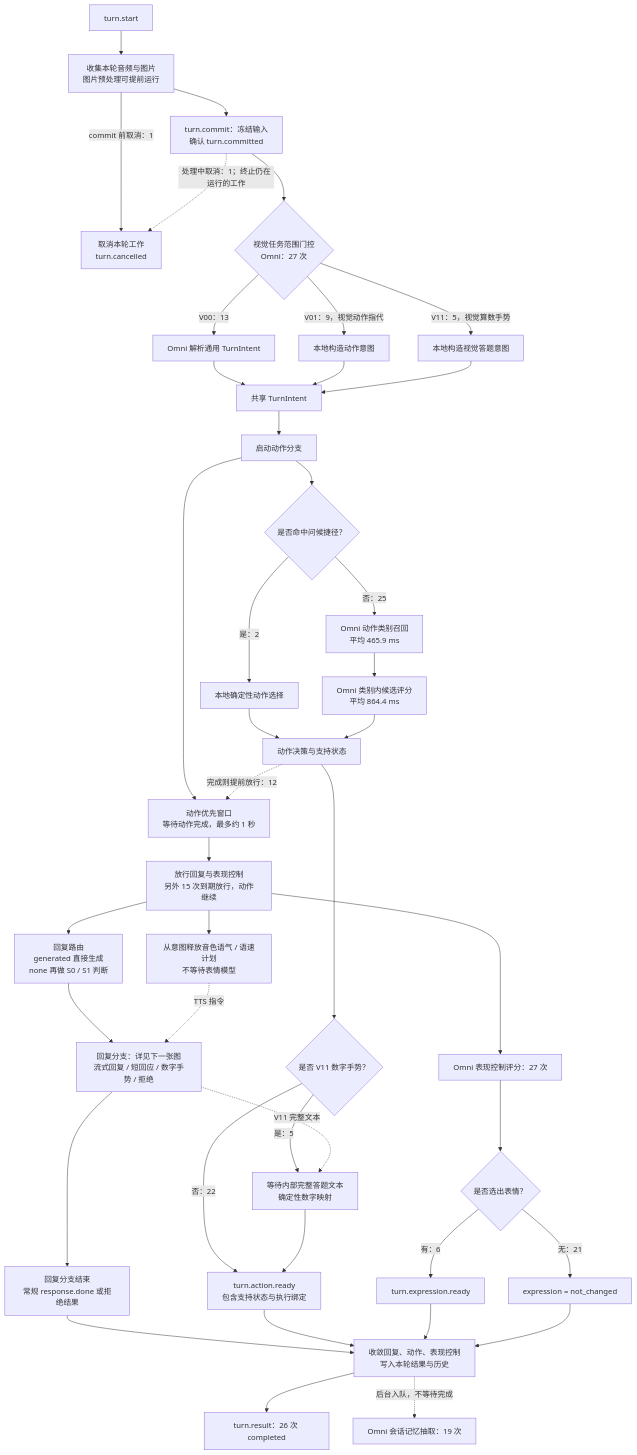
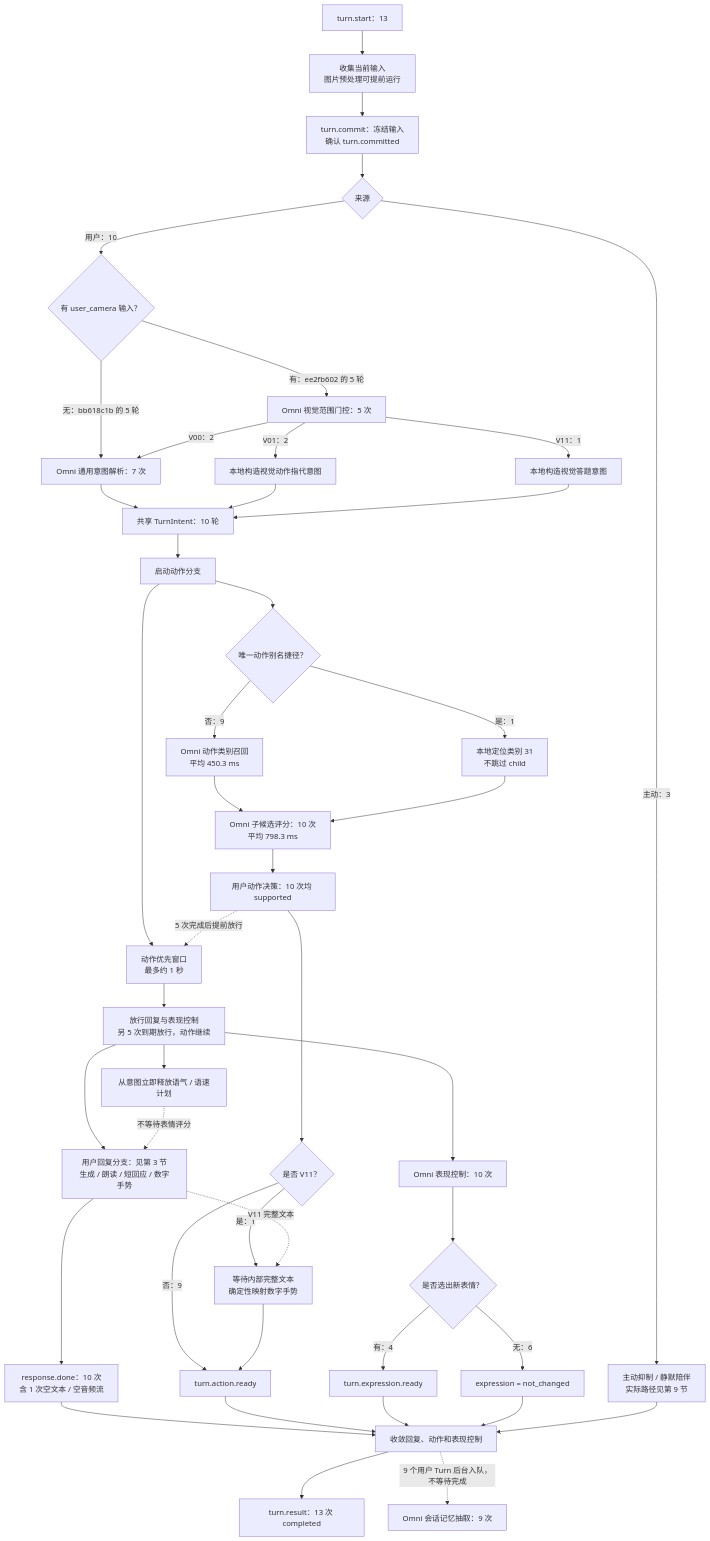
Before and after one commit to Framex-alg-dev/sglang-omni: the first of 3 diagrams in docs/developer_reference/action_inference/current_turn_pipeline_observed_20260917_CN.md, drawn with Mermaid. The commit also changed other lines of this file, not shown here.

````diff
--- a/docs/developer_reference/action_inference/current_turn_pipeline_observed_20260917_CN.md
+++ b/docs/developer_reference/action_inference/current_turn_pipeline_observed_20260917_CN.md
@@ -38,48 +38,49 @@
 ```mermaid
 flowchart TD
-    START["turn.start"] --> INPUT["收集本轮音频与图片<br/>图片预处理可提前运行"]
+    START["turn.start：13"] --> INPUT["收集当前输入<br/>图片预处理可提前运行"]
     INPUT --> COMMIT["turn.commit：冻结输入<br/>确认 turn.committed"]
-    INPUT -->|"commit 前取消：1"| CANCEL["取消本轮工作<br/>turn.cancelled"]
-    COMMIT --> VG{"视觉任务范围门控<br/>Omni：27 次"}
-    VG -->|"V00：13"| JSON["Omni 解析通用 TurnIntent"]
-    VG -->|"V01：9，视觉动作指代"| FIX1["本地构造动作意图"]
-    VG -->|"V11：5，视觉算数手势"| FIX2["本地构造视觉答题意图"]
-    JSON --> INTENT["共享 TurnIntent"]
+    COMMIT --> ORIGIN{"来源"}
+    ORIGIN -->|"主动：3"| PROACTIVE["主动抑制 / 静默陪伴<br/>实际路径见第 9 节"]
+    ORIGIN -->|"用户：10"| CAMERA{"有 user_camera 输入？"}
+    CAMERA -->|"无：bb618c1b 的 5 轮"| JSON["Omni 通用意图解析：7 次"]
+    CAMERA -->|"有：ee2fb602 的 5 轮"| VG["Omni 视觉范围门控：5 次"]
+    VG -->|"V00：2"| JSON
+    VG -->|"V01：2"| FIX1["本地构造视觉动作指代意图"]
+    VG -->|"V11：1"| FIX2["本地构造视觉答题意图"]
+    JSON --> INTENT["共享 TurnIntent：10 轮"]
     FIX1 --> INTENT
     FIX2 --> INTENT
 
     INTENT --> ASTART["启动动作分支"]
-    ASTART --> FAST{"是否命中问候捷径？"}
-    FAST -->|"是：2"| SHORT["本地确定性动作选择"]
-    FAST -->|"否：25"| CAT["Omni 动作类别召回<br/>平均 465.9 ms"]
-    CAT --> CHILD["Omni 类别内候选评分<br/>平均 864.4 ms"]
-    SHORT --> ACTION["动作决策与支持状态"]
-    CHILD --> ACTION
-    ASTART --> WINDOW["动作优先窗口<br/>等待动作完成，最多约 1 秒"]
-    ACTION -. "完成则提前放行：12" .-> WINDOW
-    WINDOW --> RELEASE["放行回复与表现控制<br/>另外 15 次到期放行，动作继续"]
+    ASTART --> FAST{"唯一动作别名捷径？"}
+    FAST -->|"是：1"| SHORT["本地定位类别 31<br/>不跳过 child"]
+    FAST -->|"否：9"| CAT["Omni 动作类别召回<br/>平均 450.3 ms"]
+    CAT --> CHILD["Omni 子候选评分：10 次<br/>平均 798.3 ms"]
+    SHORT --> CHILD
+    CHILD --> ACTION["用户动作决策：10 次均 supported"]
+    ASTART --> WINDOW["动作优先窗口<br/>最多约 1 秒"]
+    ACTION -. "5 次完成后提前放行" .-> WINDOW
+    WINDOW --> RELEASE["放行回复与表现控制<br/>另 5 次到期放行，动作继续"]
 
-    RELEASE --> SPEECH["回复路由<br/>generated 直接生成<br/>none 再做 S0 / S1 判断"]
-    SPEECH --> REPLY["回复分支：详见下一张图<br/>流式回复 / 短回应 / 数字手势 / 拒绝"]
-    RELEASE --> VOICE["从意图释放音色语气 / 语速计划<br/>不等待表情模型"]
-    RELEASE --> PERF["Omni 表现控制评分：27 次"]
-    PERF --> EXPR{"是否选出表情？"}
-    EXPR -->|"有：6"| EREADY["turn.expression.ready"]
-    EXPR -->|"无：21"| ENONE["expression = not_changed"]
+    RELEASE --> REPLY["用户回复分支：见第 3 节<br/>生成 / 朗读 / 短回应 / 数字手势"]
+    RELEASE --> VOICE["从意图立即释放语气 / 语速计划"]
+    VOICE -. "不等待表情评分" .-> REPLY
+    RELEASE --> PERF["Omni 表现控制：10 次"]
+    PERF --> EXPR{"是否选出新表情？"}
+    EXPR -->|"有：4"| EREADY["turn.expression.ready"]
+    EXPR -->|"无：6"| ENONE["expression = not_changed"]
 
-    ACTION --> AKIND{"是否 V11 数字手势？"}
-    AKIND -->|"否：22"| AREADY["turn.action.ready<br/>包含支持状态与执行绑定"]
-    AKIND -->|"是：5"| NUM["等待内部完整答题文本<br/>确定性数字映射"]
+    ACTION --> AKIND{"是否 V11？"}
+    AKIND -->|"否：9"| AREADY["turn.action.ready"]
+    AKIND -->|"是：1"| NUM["等待内部完整文本<br/>确定性映射数字手势"]
     REPLY -. "V11 完整文本" .-> NUM
     NUM --> AREADY
-    VOICE -. "TTS 指令" .-> REPLY
-
-    REPLY --> RT["回复分支结束<br/>常规 response.done 或拒绝结果"]
-    RT --> JOIN["收敛回复、动作、表现控制<br/>写入本轮结果与历史"]
+    REPLY --> RD["response.done：10 次<br/>含 1 次空文本 / 空音频流"]
+    RD --> JOIN["收敛回复、动作和表现控制"]
     AREADY --> JOIN
     EREADY --> JOIN
     ENONE --> JOIN
-    JOIN --> RESULT["turn.result：26 次 completed"]
-    JOIN -. "后台入队，不等待完成" .-> MEMORY["Omni 会话记忆抽取：19 次"]
-    COMMIT -. "处理中取消：1；终止仍在运行的工作" .-> CANCEL
+    PROACTIVE --> JOIN
+    JOIN --> RESULT["turn.result：13 次 completed"]
+    JOIN -. "9 个用户 Turn 后台入队，不等待完成" .-> MEMORY["Omni 会话记忆抽取：9 次"]
 ```
````
